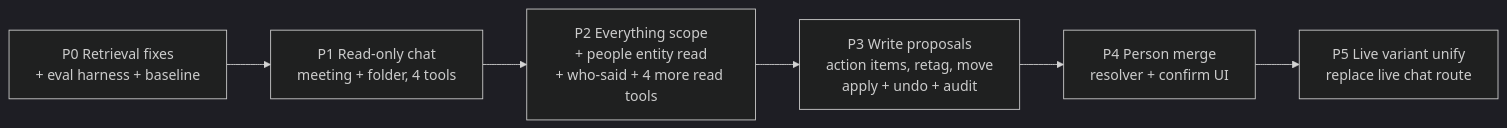
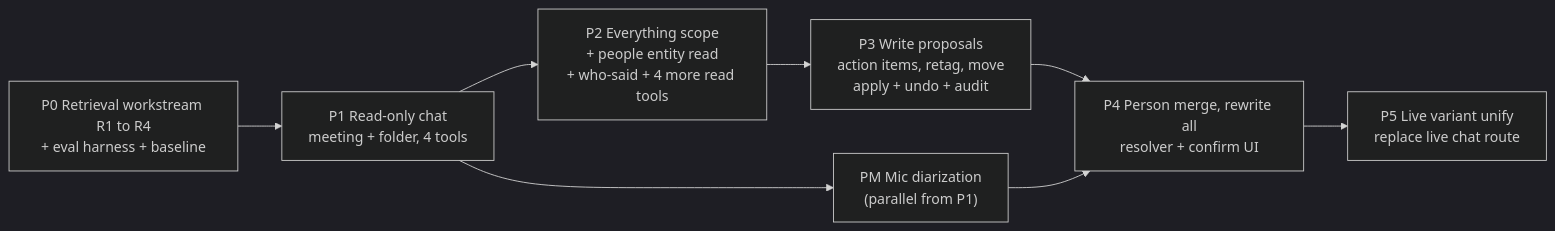
The sixth of 6 diagrams in specs/meeting-chat-agent.md (Maheidem/openstyle), drawn with Mermaid (dark theme) before and after one commit. The commit also changed other lines of this file, not shown here.

First line of the commit message:
docs(spec): apply owner decisions D1-D4 to meeting chat agent

````diff
--- a/specs/meeting-chat-agent.md
+++ b/specs/meeting-chat-agent.md
@@ -867,8 +1076,10 @@
 ```mermaid
 flowchart LR
-  P0["P0 Retrieval fixes<br/>+ eval harness + baseline"] --> P1["P1 Read-only chat<br/>meeting + folder, 4 tools"]
+  P0["P0 Retrieval workstream R1 to R4<br/>+ eval harness + baseline"] --> P1["P1 Read-only chat<br/>meeting + folder, 4 tools"]
   P1 --> P2["P2 Everything scope<br/>+ people entity read<br/>+ who-said + 4 more read tools"]
   P2 --> P3["P3 Write proposals<br/>action items, retag, move<br/>apply + undo + audit"]
-  P3 --> P4["P4 Person merge<br/>resolver + confirm UI"]
+  P1 --> PM["PM Mic diarization<br/>(parallel from P1)"]
+  P3 --> P4["P4 Person merge, rewrite all<br/>resolver + confirm UI"]
+  PM --> P4
   P4 --> P5["P5 Live variant unify<br/>replace live chat route"]
 ```
````
